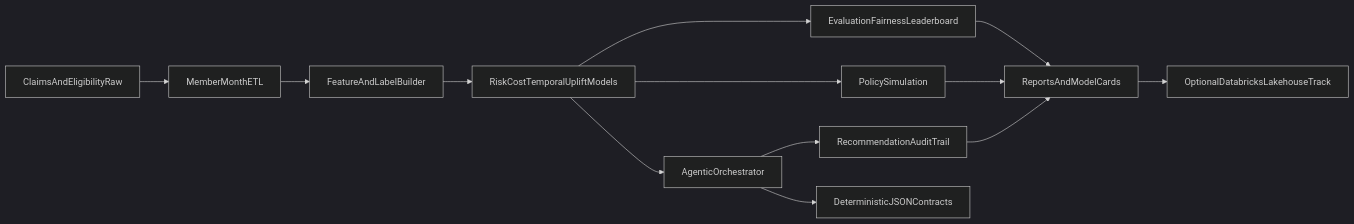
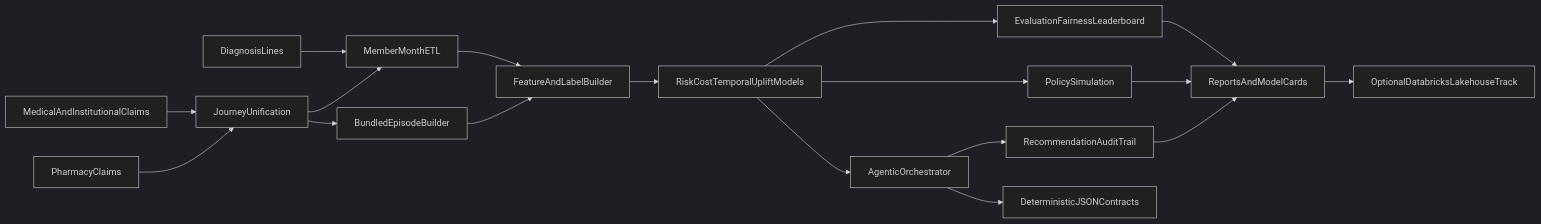
One commit to amolkodan/value-based-care-machine-learning-models changed the diagram in README.md. Above: the diagram before and after it, drawn with Mermaid (dark theme). The commit also changed other lines of this file and 11 other files, not shown here.

First line of the commit message:
Release 0.2.0: patient journey signals, bundled episodes, README depth

````diff
--- a/README.md
+++ b/README.md
@@ -28,15 +47,20 @@
 ```mermaid
 flowchart LR
-claimsRaw[ClaimsAndEligibilityRaw] --> memberMonth[MemberMonthETL]
+claimsRaw[MedicalAndInstitutionalClaims] --> journeyMerge[JourneyUnification]
+pharmacyRaw[PharmacyClaims] --> journeyMerge
+diagRaw[DiagnosisLines] --> memberMonth[MemberMonthETL]
+journeyMerge --> episodeBuild[BundledEpisodeBuilder]
+journeyMerge --> memberMonth
 memberMonth --> featureStore[FeatureAndLabelBuilder]
+episodeBuild --> featureStore
 featureStore --> modelSuite[RiskCostTemporalUpliftModels]
 modelSuite --> evalHub[EvaluationFairnessLeaderboard]
 modelSuite --> policySim[PolicySimulation]
 modelSuite --> agentOrch[AgenticOrchestrator]
 agentOrch --> auditTrail[RecommendationAuditTrail]
 agentOrch --> contractJson[DeterministicJSONContracts]
 evalHub --> reports[ReportsAndModelCards]
 policySim --> reports
 auditTrail --> reports
 reports --> databricksTrack[OptionalDatabricksLakehouseTrack]
 ```
````
